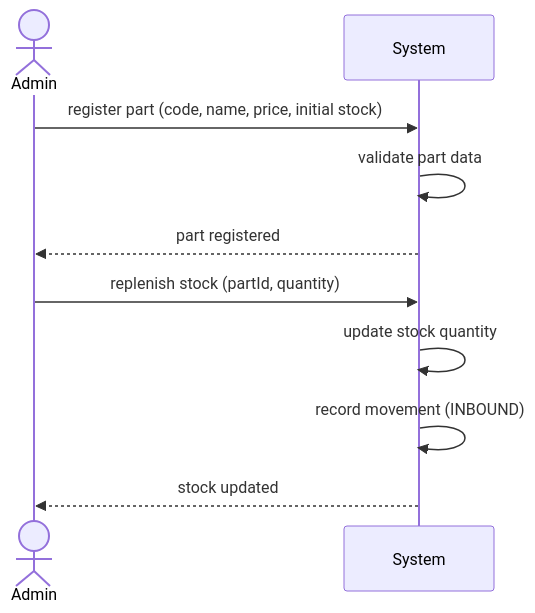
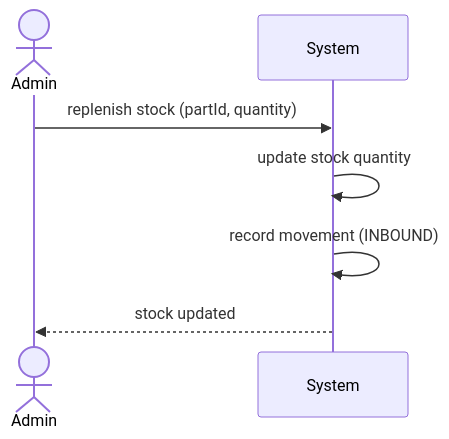
One commit to rnataoliveira/mechanics-software changed diagram 16 of 16 in docs/domain/domain-storytelling.md. Above: the diagram before and after it, drawn with Mermaid. The commit also changed other lines of this file, not shown here.

````diff
--- a/docs/domain/domain-storytelling.md
+++ b/docs/domain/domain-storytelling.md
@@ -358,14 +545,10 @@
 ```mermaid
 sequenceDiagram
     actor Admin
     participant System
-
-    Admin->>System: register part (code, name, price, initial stock)
-    System->>System: validate part data
-    System-->>Admin: part registered
 
     Admin->>System: replenish stock (partId, quantity)
     System->>System: update stock quantity
     System->>System: record movement (INBOUND)
     System-->>Admin: stock updated
 ```
````
